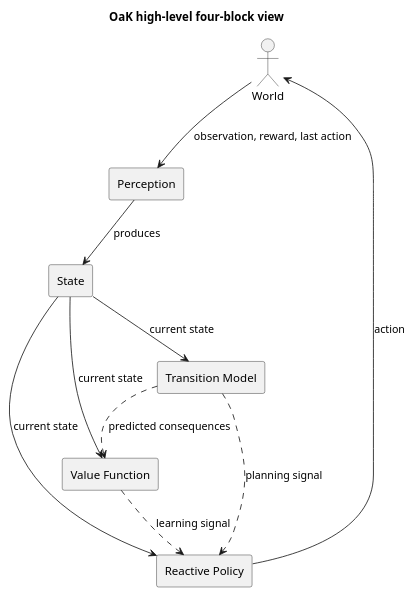
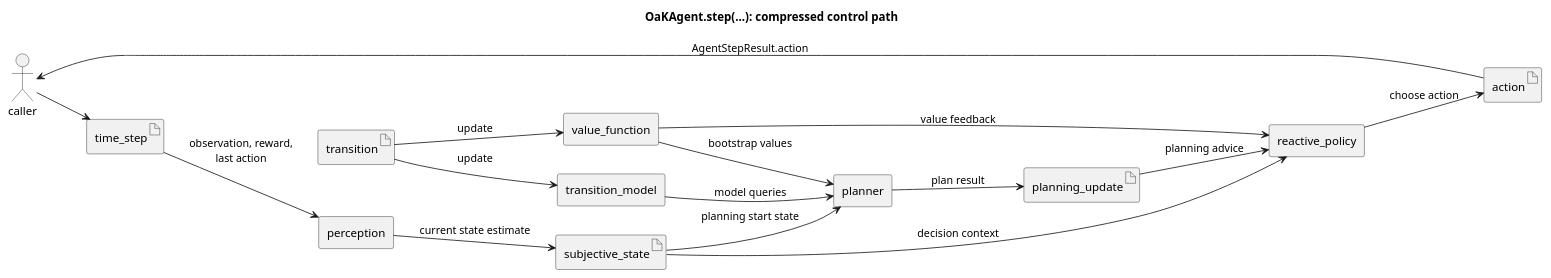
The diagram in docs/diagrams/oak_core.puml (ttrenty/OaK-Architecture), drawn with PlantUML before and after one commit. The commit also changed 24 other files, not shown here.

Commit message:
fix: rename all 'state' --> 'subjective state' + better documentation/diagrams + move implementation

```diff
--- a/docs/diagrams/oak_core.puml
+++ b/docs/diagrams/oak_core.puml
@@ -1,24 +1,40 @@
 @startuml
-title OaK high-level four-block view
+title OaKAgent.step(...): compressed control path
 
+left to right direction
 skinparam componentStyle rectangle
+skinparam shadowing false
 
-actor World as W
+actor caller
 
-[Perception] as Perception
-[State] as State
-[Reactive Policy] as ReactivePolicy
-[Value Function] as ValueFunction
-[Transition Model] as TransitionModel
+artifact time_step
+artifact subjective_state
+artifact transition
+artifact planning_update
+artifact action
 
-W --> Perception : observation, reward, last action
-Perception --> State : produces
-State --> ReactivePolicy : current state
-State --> ValueFunction : current state
-State --> TransitionModel : current state
-ReactivePolicy --> W : action
-ValueFunction ..> ReactivePolicy : learning signal
-TransitionModel ..> ReactivePolicy : planning signal
-TransitionModel ..> ValueFunction : predicted consequences
+[perception] as perception
+[value_function] as value_function
+[transition_model] as transition_model
+[planner] as planner
+[reactive_policy] as reactive_policy
+
+caller --> time_step
+time_step --> perception : observation, reward,\nlast action
+perception --> subjective_state : current state estimate
+
+transition --> value_function : update
+transition --> transition_model : update
+
+subjective_state --> planner : planning start state
+transition_model --> planner : model queries
+value_function --> planner : bootstrap values
+planner --> planning_update : plan result
+
+planning_update --> reactive_policy : planning advice
+subjective_state --> reactive_policy : decision context
+value_function --> reactive_policy : value feedback
+reactive_policy --> action : choose action
+action --> caller : AgentStepResult.action
 
 @enduml
```
